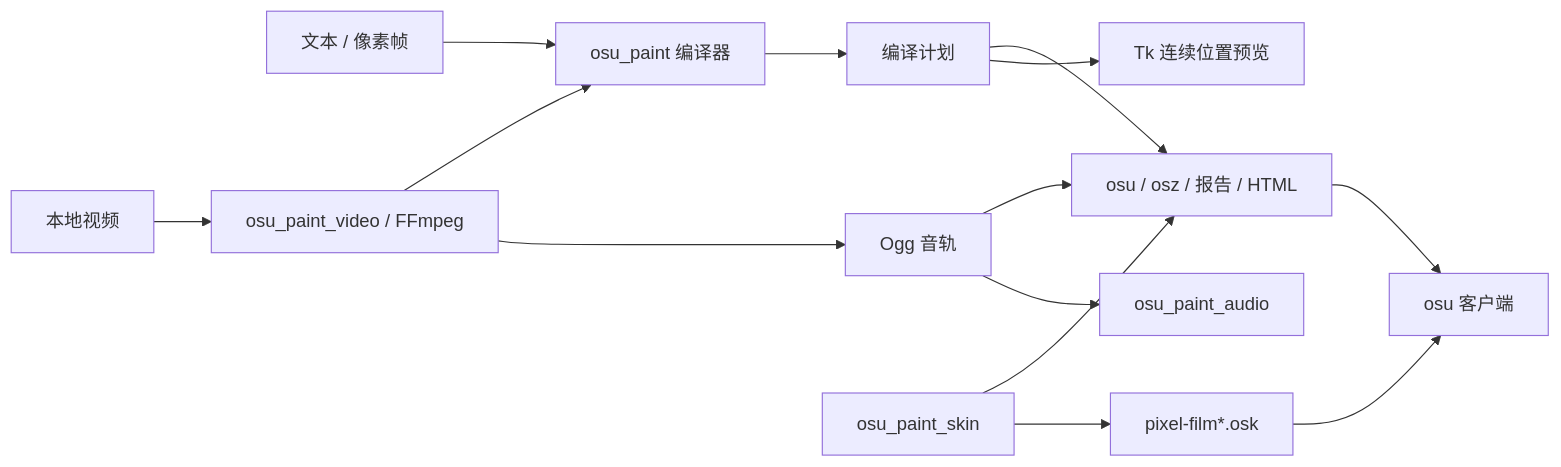
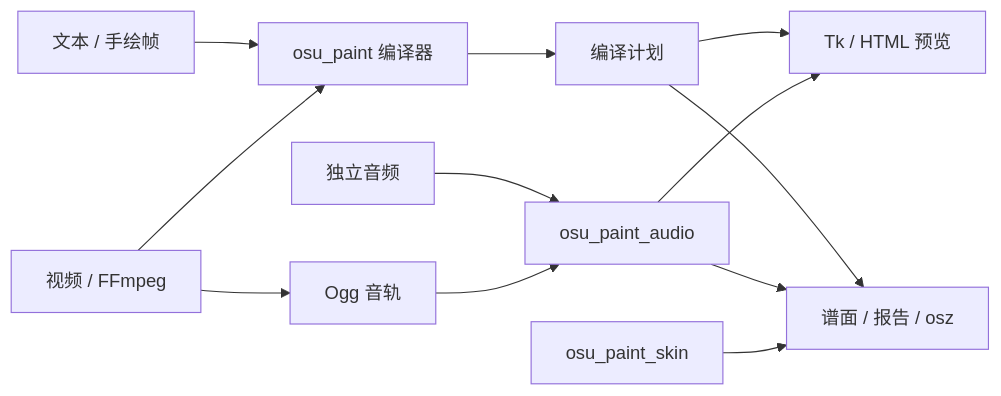
One commit to YeLn10/osu-paint changed the diagram in docs/architecture.md. Above: the diagram before and after it, drawn with Mermaid. The commit also changed other lines of this file and 11 other files, not shown here.

````diff
--- a/docs/architecture.md
+++ b/docs/architecture.md
@@ -19,16 +35,14 @@
 ```mermaid
 flowchart LR
-    Text[文本 / 像素帧] --> Core[osu_paint 编译器]
-    Video[本地视频] --> FFmpeg[osu_paint_video / FFmpeg]
-    FFmpeg --> Core
-    FFmpeg --> Ogg[Ogg 音轨]
+    Text[文本 / 手绘帧] --> Core[osu_paint 编译器]
+    Video[视频 / FFmpeg] --> Core
+    Video --> Audio[Ogg 音轨]
+    Input[独立音频] --> Edit[osu_paint_audio]
+    Audio --> Edit
     Core --> Plan[编译计划]
-    Plan --> Export[osu / osz / 报告 / HTML]
-    SkinBuild[osu_paint_skin] --> Export
-    Ogg --> Export
-    Plan --> Tk[Tk 连续位置预览]
-    Ogg --> Audio[osu_paint_audio]
-    SkinBuild --> Skin[pixel-film*.osk]
-    Export --> Game[osu 客户端]
-    Skin --> Game
+    Plan --> Preview[Tk / HTML 预览]
+    Plan --> Export[谱面 / 报告 / osz]
+    Edit --> Preview
+    Edit --> Export
+    Skin[osu_paint_skin] --> Export
 ```
````
